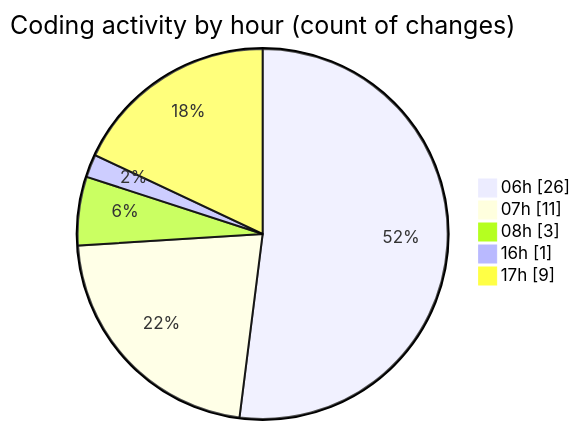
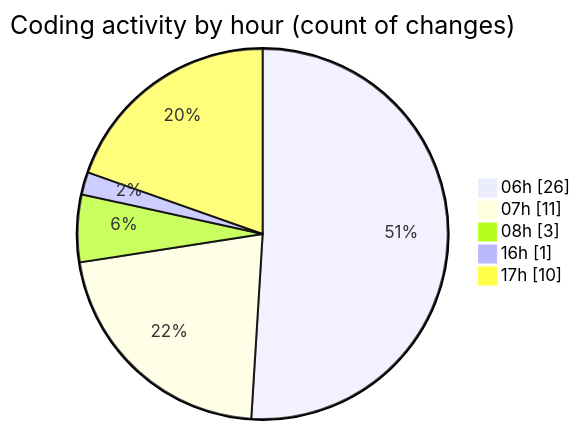
One commit to robertbonfada/code-tracking changed the second of 2 diagrams in 2025-01-30/mbc-web/README.md. Above: the diagram before and after it, drawn with Mermaid. The commit also changed other lines of this file and 1 other file, not shown here.

````diff
--- a/2025-01-30/mbc-web/README.md
+++ b/2025-01-30/mbc-web/README.md
@@ -39,9 +39,9 @@
 ```mermaid
 pie showData
 title Coding activity by hour (count of changes)
 "06h" : 26
 "07h" : 11
 "08h" : 3
 "16h" : 1
-"17h" : 9
+"17h" : 10
 ```
````
